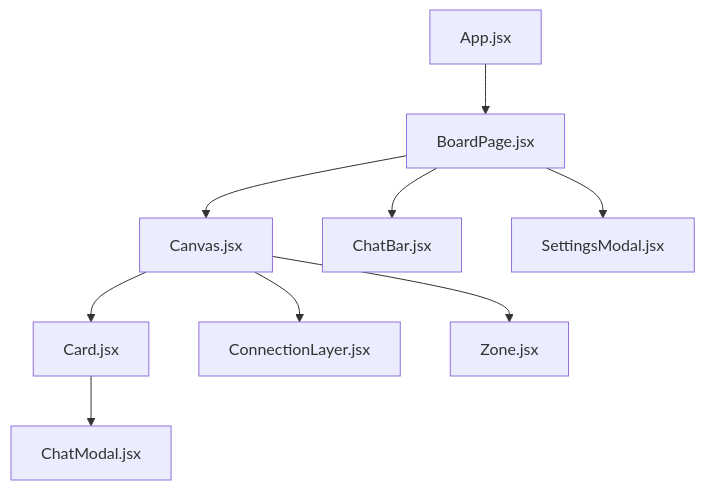
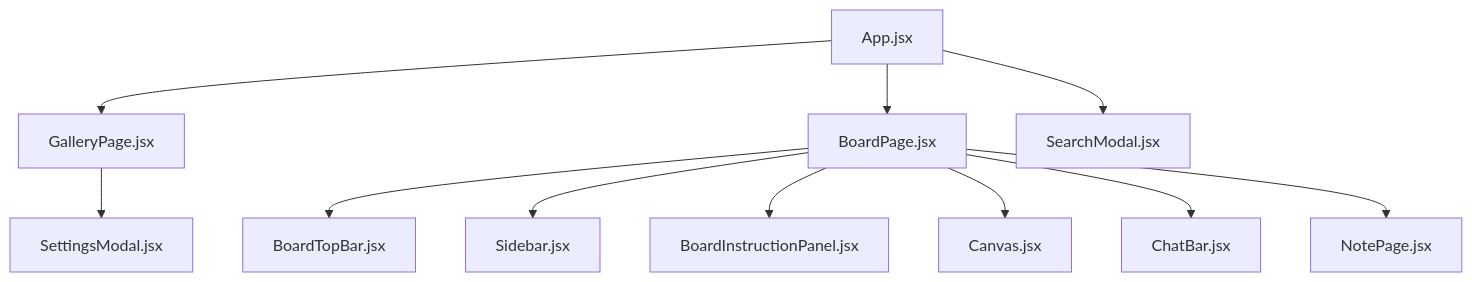
Before and after one commit to sorrow233/nexmap: the diagram in docs/COMPONENTS.md, drawn with Mermaid. The commit also changed other lines of this file and 14 other files, not shown here.

````diff
--- a/docs/COMPONENTS.md
+++ b/docs/COMPONENTS.md
@@ -5,21 +7,25 @@
 ```mermaid
 graph TB
     App["App.jsx"]
-    BP["BoardPage.jsx"]
+    Gallery["GalleryPage.jsx"]
+    Board["BoardPage.jsx"]
+    Settings["SettingsModal.jsx"]
+    Search["SearchModal.jsx"]
     Canvas["Canvas.jsx"]
-    Card["Card.jsx"]
+    TopBar["BoardTopBar.jsx"]
+    Sidebar["Sidebar.jsx"]
+    Instruction["BoardInstructionPanel.jsx"]
     ChatBar["ChatBar.jsx"]
-    CL["ConnectionLayer.jsx"]
-    Zone["Zone.jsx"]
-    ChatModal["ChatModal.jsx"]
-    SM["SettingsModal.jsx"]
-    
-    App --> BP
-    BP --> Canvas
-    BP --> ChatBar
-    BP --> SM
-    Canvas --> Card
-    Canvas --> CL
-    Canvas --> Zone
-    Card --> ChatModal
+    Note["NotePage.jsx"]
+
+    App --> Gallery
+    App --> Board
+    App --> Search
+    Board --> TopBar
+    Board --> Sidebar
+    Board --> Instruction
+    Board --> Canvas
+    Board --> ChatBar
+    Board --> Note
+    Gallery --> Settings
 ```
````
